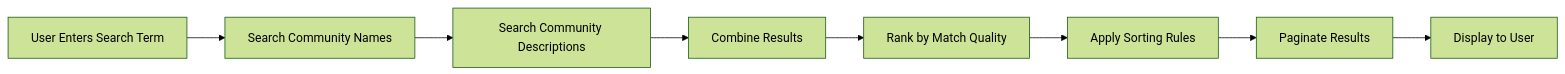
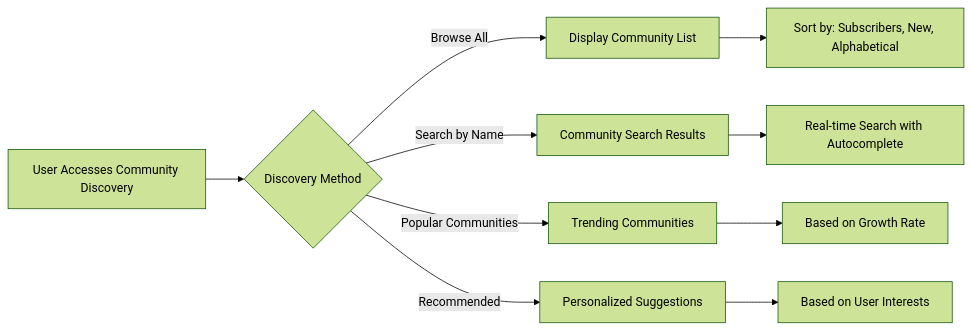
The first of 2 diagrams in deepseek/deepseek-v3.1-terminus-exacto/reddit/docs/analysis/04-community-management.md (wrtnlabs/autobe-examples), drawn with Mermaid (forest theme) before and after one commit. The commit also changed other lines of this file and 11104 other files, not shown here.

````diff
--- a/deepseek/deepseek-v3.1-terminus-exacto/reddit/docs/analysis/04-community-management.md
+++ b/deepseek/deepseek-v3.1-terminus-exacto/reddit/docs/analysis/04-community-management.md
@@ -85,10 +46,13 @@
 ```mermaid
 graph LR
-  A["User Enters Search Term"] --> B["Search Community Names"]
-  B --> C["Search Community Descriptions"]
-  C --> D["Combine Results"]
-  D --> E["Rank by Match Quality"]
-  E --> F["Apply Sorting Rules"]
-  F --> G["Paginate Results"]
-  G --> H["Display to User"]
+  A["User Accesses Community Discovery"] --> B{"Discovery Method"}
+  B -->|"Browse All"| C["Display Community List"]
+  B -->|"Search by Name"| D["Community Search Results"]
+  B -->|"Popular Communities"| E["Trending Communities"]
+  B -->|"Recommended"| F["Personalized Suggestions"]
+  
+  C --> G["Sort by: Subscribers, New, Alphabetical"]
+  D --> H["Real-time Search with Autocomplete"]
+  E --> I["Based on Growth Rate"]
+  F --> J["Based on User Interests"]
 ```
````
